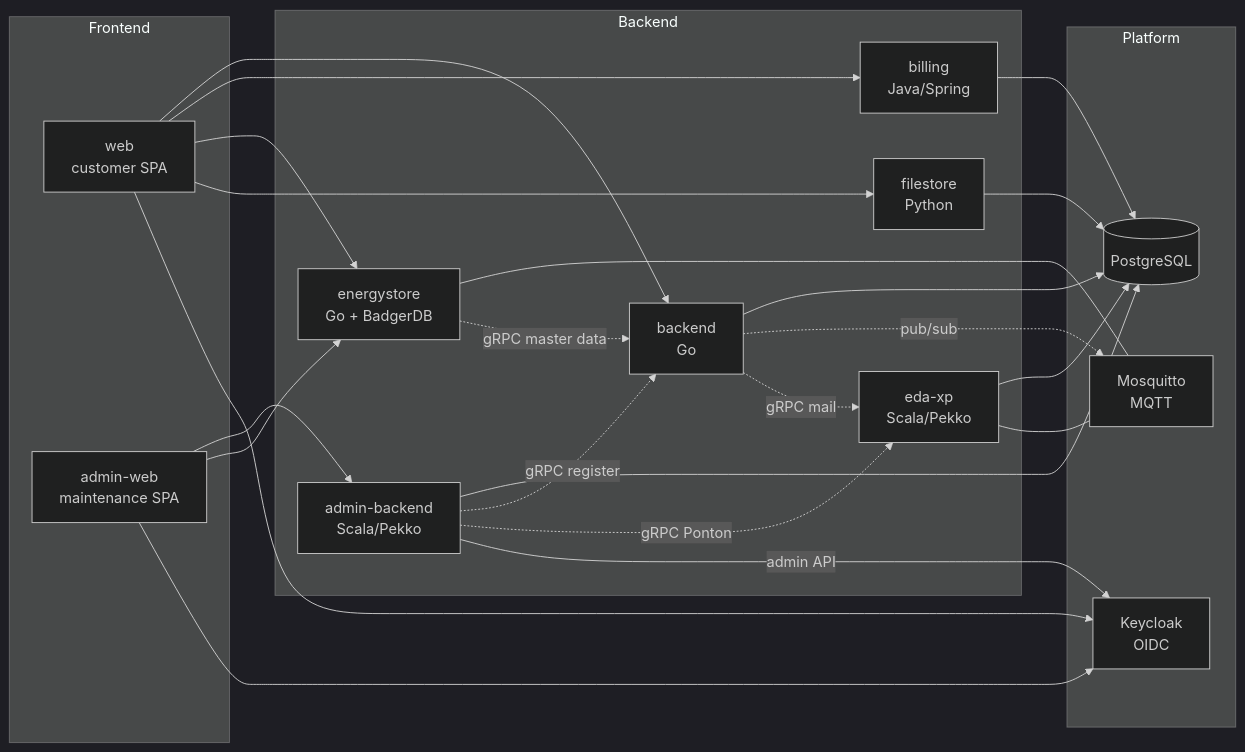
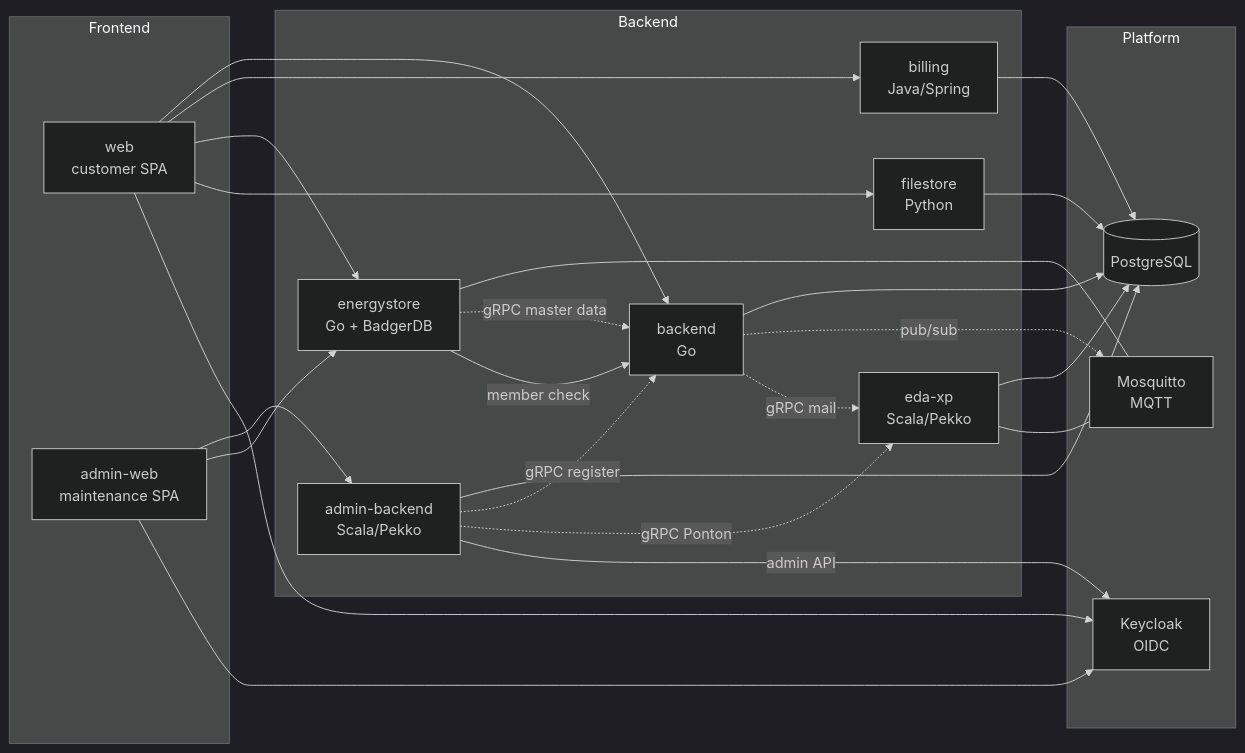
One commit to eegfaktura/eegfaktura-docs changed the diagram in docs/architecture/overview.md. Above: the diagram before and after it, drawn with Mermaid (dark theme). The commit also changed other lines of this file and 16 other files, not shown here.

````diff
--- a/docs/architecture/overview.md
+++ b/docs/architecture/overview.md
@@ -7,47 +7,48 @@
 ```mermaid
 flowchart LR
   subgraph Frontend
     WEB[web<br/>customer SPA]
     AWEB[admin-web<br/>maintenance SPA]
   end
 
   subgraph Backend
     BE[backend<br/>Go]
     BI[billing<br/>Java/Spring]
     ES[energystore<br/>Go + BadgerDB]
     FS[filestore<br/>Python]
     EX[eda-xp<br/>Scala/Pekko]
     AB[admin-backend<br/>Scala/Pekko]
   end
 
   subgraph Platform
     KC[Keycloak<br/>OIDC]
     PG[(PostgreSQL)]
     MQ[Mosquitto<br/>MQTT]
   end
 
   WEB --> BE
   WEB --> BI
   WEB --> ES
   WEB --> FS
   AWEB --> AB
   AWEB --> ES
   WEB --> KC
   AWEB --> KC
 
   BE --> PG
   BI --> PG
   FS --> PG
   EX --> PG
   AB --> PG
 
   ES --- MQ
   EX --- MQ
   BE -.->|pub/sub| MQ
 
   BE -.->|gRPC mail| EX
   ES -.->|gRPC master data| BE
+  ES -->|member check| BE
   AB -.->|gRPC register| BE
   AB -.->|gRPC Ponton| EX
   AB -->|admin API| KC
 ```
````
